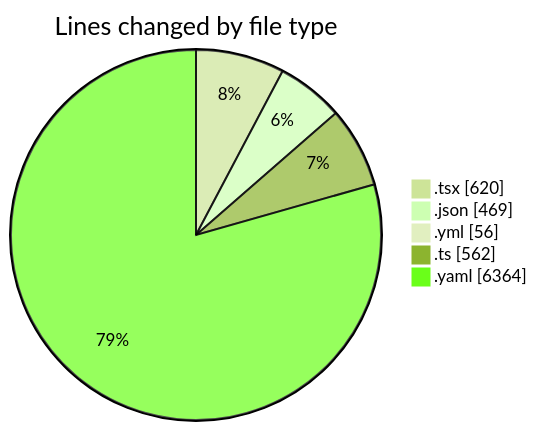
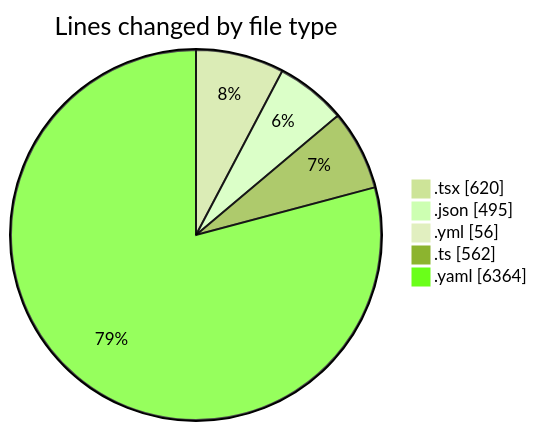
The first of 2 diagrams in 2025-11-27/eventscop-frontend-guide__workspace_/README.md (julien-gomy/code-tracking), drawn with Mermaid (forest theme) before and after one commit. The commit also changed other lines of this file and 1 other file, not shown here.

````diff
--- a/2025-11-27/eventscop-frontend-guide__workspace_/README.md
+++ b/2025-11-27/eventscop-frontend-guide__workspace_/README.md
@@ -38,9 +38,9 @@
 ```mermaid
 pie showData
 title Lines changed by file type
 ".tsx" : 620
-".json" : 469
+".json" : 495
 ".yml" : 56
 ".ts" : 562
 ".yaml" : 6364
 ```
````
